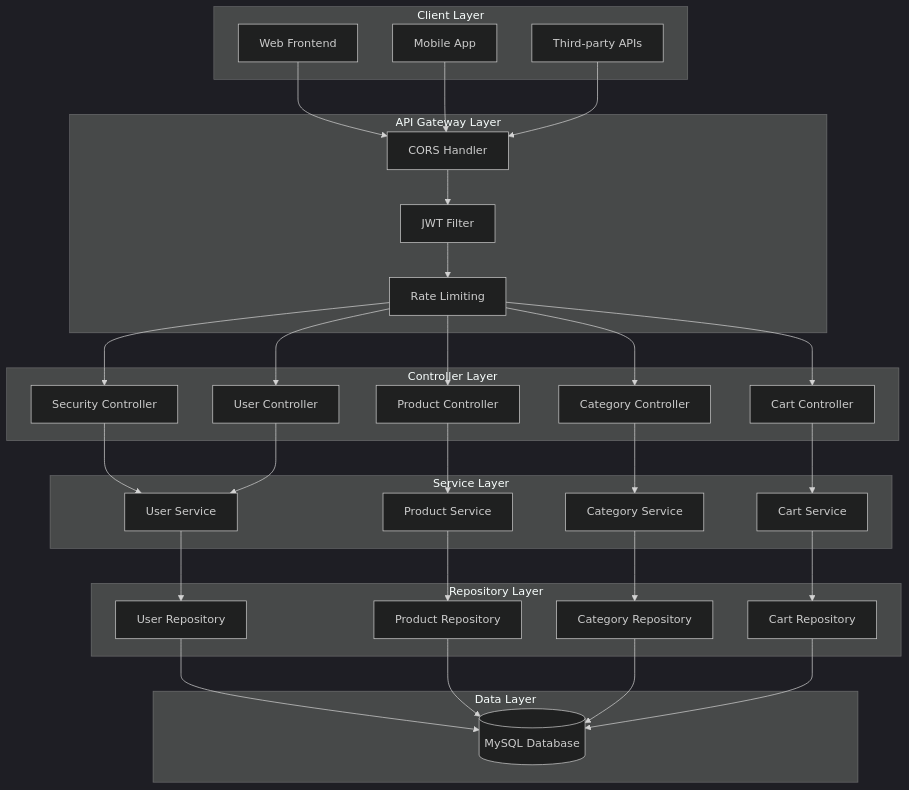
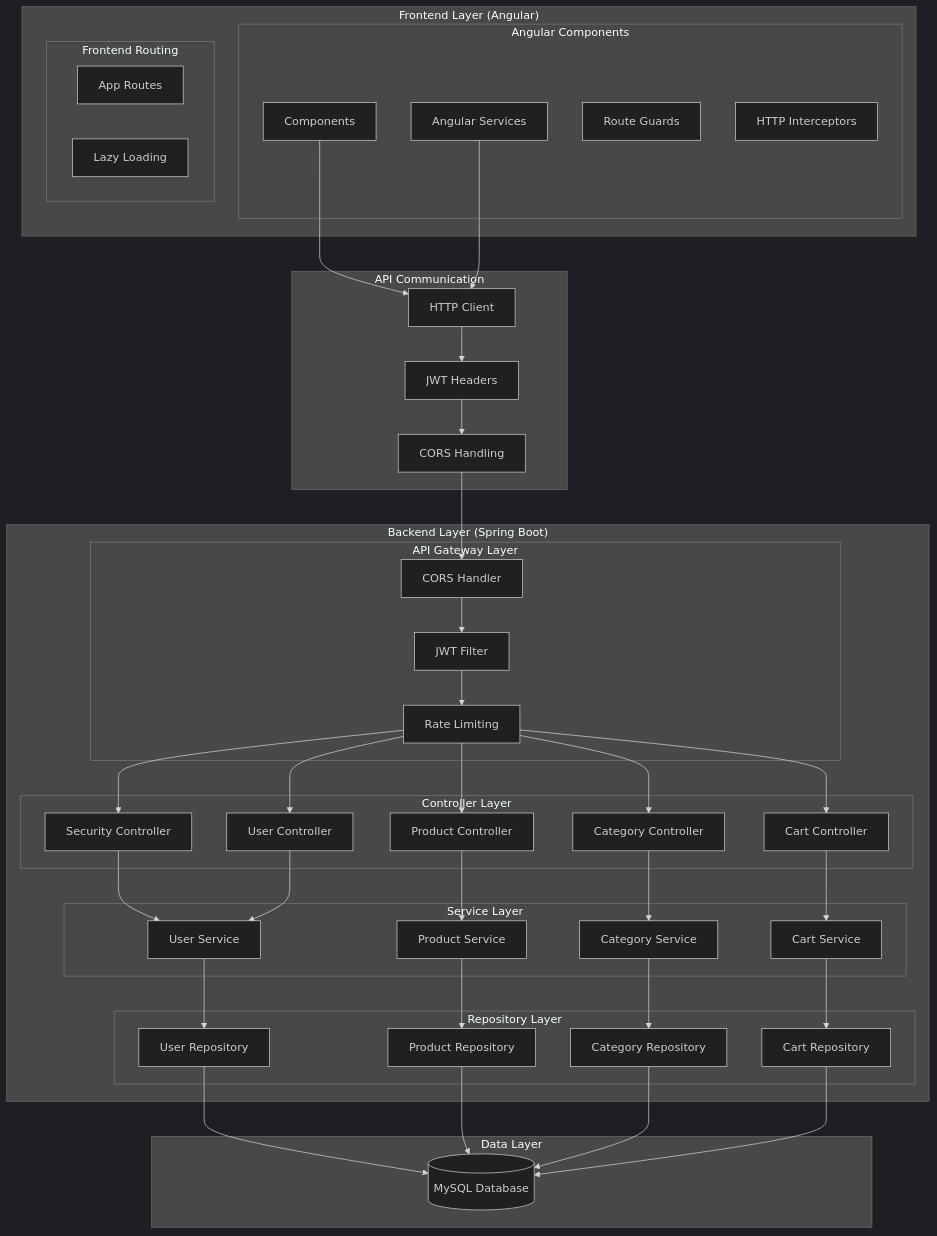
Before and after one commit to ENSET-WEB/Web-Project: the first of 10 diagrams in README.md, drawn with Mermaid (dark theme). The commit also changed other lines of this file and 18 other files, not shown here.

````diff
--- a/README.md
+++ b/README.md
@@ -56,48 +76,66 @@
 ```mermaid
 graph TB
-    subgraph "Client Layer"
-        WEB[Web Frontend]
-        MOB[Mobile App]
-        API[Third-party APIs]
+    subgraph "Frontend Layer (Angular)"
+        subgraph "Angular Components"
+            COMP[Components]
+            SERV[Angular Services]
+            GUARD[Route Guards]
+            INT[HTTP Interceptors]
+        end
+
+        subgraph "Frontend Routing"
+            ROUTES[App Routes]
+            LAZY[Lazy Loading]
+        end
     end
 
-    subgraph "API Gateway Layer"
-        CORS[CORS Handler]
-        AUTH[JWT Filter]
-        RATE[Rate Limiting]
+    subgraph "API Communication"
+        HTTP[HTTP Client]
+        JWT[JWT Headers]
+        CORS[CORS Handling]
     end
 
-    subgraph "Controller Layer"
-        SC[Security Controller]
-        UC[User Controller]
-        PC[Product Controller]
-        CC[Category Controller]
-        CAC[Cart Controller]
-    end
+    subgraph "Backend Layer (Spring Boot)"
+        subgraph "API Gateway Layer"
+            CORSB[CORS Handler]
+            AUTH[JWT Filter]
+            RATE[Rate Limiting]
+        end
 
-    subgraph "Service Layer"
-        US[User Service]
-        PS[Product Service]
-        CS[Category Service]
-        CAS[Cart Service]
-    end
+        subgraph "Controller Layer"
+            SC[Security Controller]
+            UC[User Controller]
+            PC[Product Controller]
+            CC[Category Controller]
+            CAC[Cart Controller]
+        end
 
-    subgraph "Repository Layer"
-        UR[User Repository]
-        PR[Product Repository]
-        CR[Category Repository]
-        CAR[Cart Repository]
+        subgraph "Service Layer"
+            US[User Service]
+            PS[Product Service]
+            CS[Category Service]
+            CAS[Cart Service]
+        end
+
+        subgraph "Repository Layer"
+            UR[User Repository]
+            PR[Product Repository]
+            CR[Category Repository]
+            CAR[Cart Repository]
+        end
     end
 
     subgraph "Data Layer"
         DB[(MySQL Database)]
     end
 
-    WEB --> CORS
-    MOB --> CORS
-    API --> CORS
+    COMP --> HTTP
+    SERV --> HTTP
+    HTTP --> JWT
+    JWT --> CORS
 
-    CORS --> AUTH
+    CORS --> CORSB
+    CORSB --> AUTH
     AUTH --> RATE
 
     RATE --> SC
````
